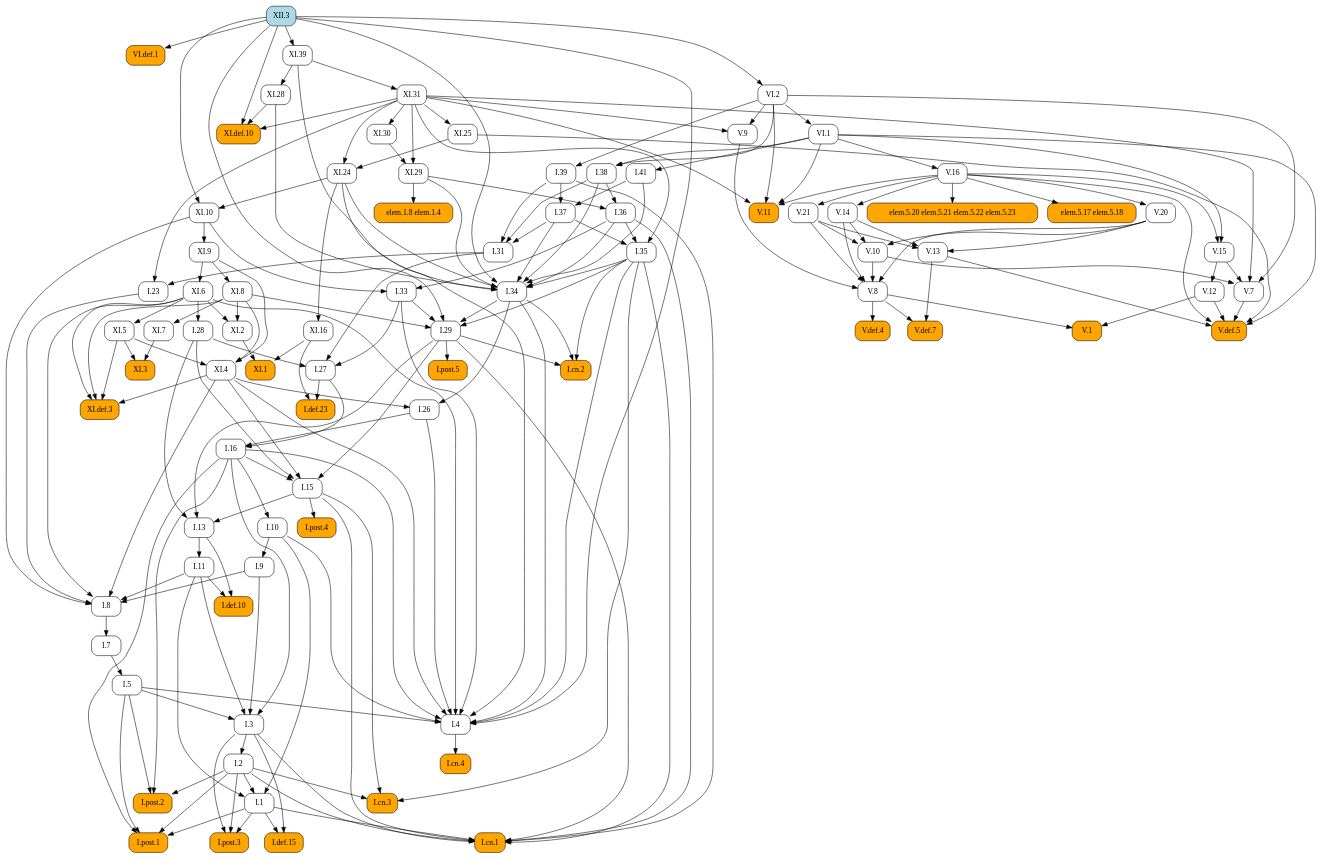
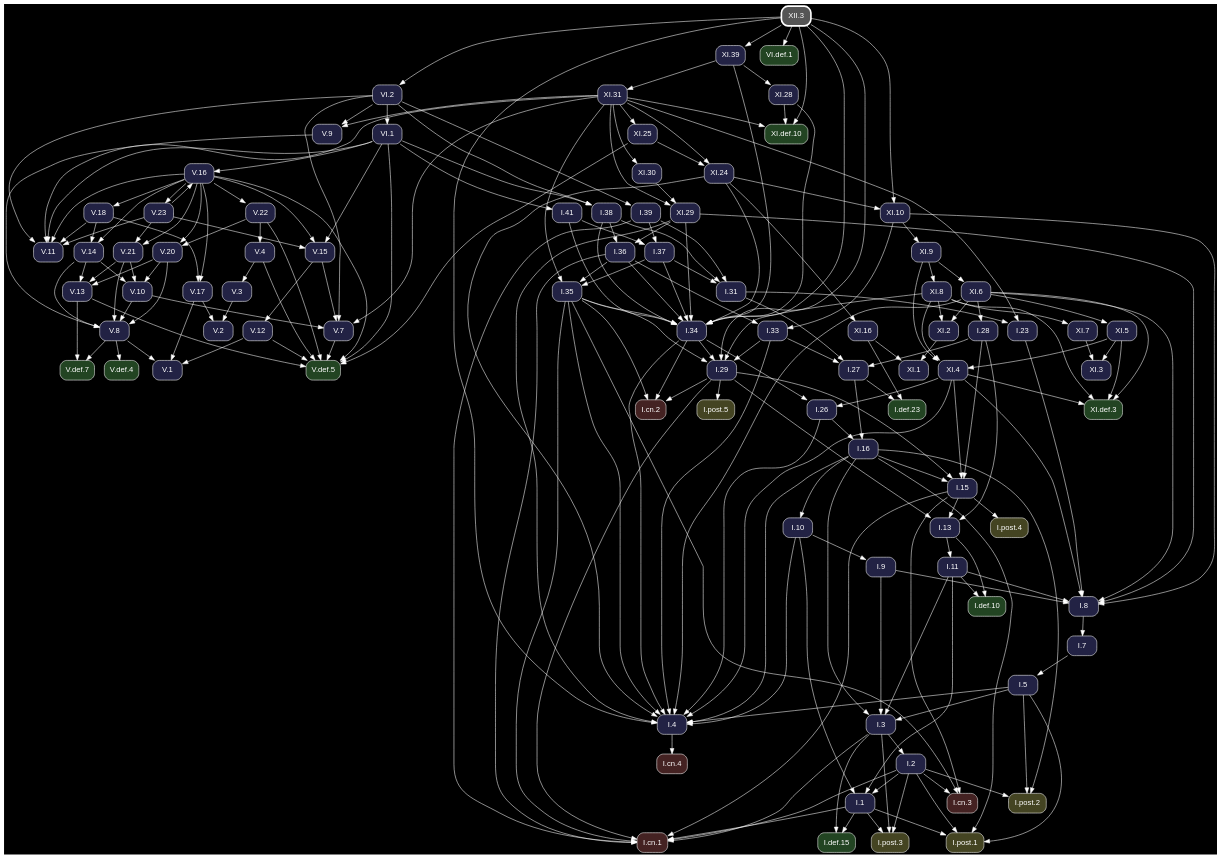
One commit to geometor/elements changed the diagram in docsrc/heath/XII/3/index.rst. Above: the diagram before and after it, drawn with Graphviz. The commit also changed other lines of this file and 1200 other files, not shown here.

Commit message:
update dependency graphs

```diff
--- a/docsrc/heath/XII/3/index.rst
+++ b/docsrc/heath/XII/3/index.rst
@@ -82,137 +82,281 @@
 .. graphviz::
 
    digraph {
+     bgcolor="black";
+     node [shape=box, style="rounded,filled", fontname="Helvetica", color="white", fontcolor="white"];
+     edge [color="white", fontcolor="white"];
      rankdir="TB";
-     node [shape=box, style=rounded];
-     "I.23" [URL="/heath/I/23/", target="_top"];
-     "I.9" [URL="/heath/I/9/", target="_top"];
-     "VI.def.1" [style="rounded,filled", fillcolor=orange, URL="/heath/VI/def.1/", target="_top"];
-     "I.def.15" [style="rounded,filled", fillcolor=orange, URL="/heath/I/def.15/", target="_top"];
-     "V.13" [URL="/heath/V/13/", target="_top"];
-     "XI.24" [URL="/heath/XI/24/", target="_top"];
-     "V.7" [URL="/heath/V/7/", target="_top"];
-     "elem.5.17 elem.5.18" [style="rounded,filled", fillcolor=orange];
-     "XI.6" [URL="/heath/XI/6/", target="_top"];
-     "I.post.1" [style="rounded,filled", fillcolor=orange, URL="/heath/I/post.1/", target="_top"];
-     "V.14" [URL="/heath/V/14/", target="_top"];
-     "V.9" [URL="/heath/V/9/", target="_top"];
-     "I.31" [URL="/heath/I/31/", target="_top"];
-     "I.def.10" [style="rounded,filled", fillcolor=orange, URL="/heath/I/def.10/", target="_top"];
-     "V.10" [URL="/heath/V/10/", target="_top"];
-     "XI.def.3" [style="rounded,filled", fillcolor=orange, URL="/heath/XI/def.3/", target="_top"];
-     "XI.10" [URL="/heath/XI/10/", target="_top"];
-     "VI.1" [URL="/heath/VI/1/", target="_top"];
-     "elem.1.8 elem.1.4" [style="rounded,filled", fillcolor=orange];
-     "I.39" [URL="/heath/I/39/", target="_top"];
-     "V.11" [style="rounded,filled", fillcolor=orange, URL="/heath/V/11/", target="_top"];
-     "XI.2" [URL="/heath/XI/2/", target="_top"];
-     "I.34" [URL="/heath/I/34/", target="_top"];
-     "XI.7" [URL="/heath/XI/7/", target="_top"];
-     "I.3" [URL="/heath/I/3/", target="_top"];
-     "V.def.4" [style="rounded,filled", fillcolor=orange, URL="/heath/V/def.4/", target="_top"];
-     "XI.39" [URL="/heath/XI/39/", target="_top"];
-     "V.def.7" [style="rounded,filled", fillcolor=orange, URL="/heath/V/def.7/", target="_top"];
-     "V.21" [URL="/heath/V/21/", target="_top"];
-     "I.2" [URL="/heath/I/2/", target="_top"];
-     "I.13" [URL="/heath/I/13/", target="_top"];
-     "I.post.4" [style="rounded,filled", fillcolor=orange, URL="/heath/I/post.4/", target="_top"];
-     "I.4" [URL="/heath/I/4/", target="_top"];
-     "I.1" [URL="/heath/I/1/", target="_top"];
-     "XI.16" [URL="/heath/XI/16/", target="_top"];
-     "I.8" [URL="/heath/I/8/", target="_top"];
-     "I.29" [URL="/heath/I/29/", target="_top"];
-     "XI.31" [URL="/heath/XI/31/", target="_top"];
-     "XI.5" [URL="/heath/XI/5/", target="_top"];
-     "I.38" [URL="/heath/I/38/", target="_top"];
-     "V.8" [URL="/heath/V/8/", target="_top"];
-     "I.15" [URL="/heath/I/15/", target="_top"];
-     "I.10" [URL="/heath/I/10/", target="_top"];
-     "I.11" [URL="/heath/I/11/", target="_top"];
-     "I.def.23" [style="rounded,filled", fillcolor=orange, URL="/heath/I/def.23/", target="_top"];
-     "XII.3" [style="rounded,filled", fillcolor=lightblue, URL="/heath/XII/3/", target="_top"];
-     "XI.1" [style="rounded,filled", fillcolor=orange, URL="/heath/XI/1/", target="_top"];
-     "I.26" [URL="/heath/I/26/", target="_top"];
-     "V.16" [URL="/heath/V/16/", target="_top"];
-     "I.33" [URL="/heath/I/33/", target="_top"];
-     "XI.4" [URL="/heath/XI/4/", target="_top"];
-     "XI.8" [URL="/heath/XI/8/", target="_top"];
-     "I.post.3" [style="rounded,filled", fillcolor=orange, URL="/heath/I/post.3/", target="_top"];
-     "V.def.5" [style="rounded,filled", fillcolor=orange, URL="/heath/V/def.5/", target="_top"];
-     "XI.3" [style="rounded,filled", fillcolor=orange, URL="/heath/XI/3/", target="_top"];
-     "XI.def.10" [style="rounded,filled", fillcolor=orange, URL="/heath/XI/def.10/", target="_top"];
-     "I.27" [URL="/heath/I/27/", target="_top"];
-     "V.20" [URL="/heath/V/20/", target="_top"];
-     "V.12" [URL="/heath/V/12/", target="_top"];
-     "I.35" [URL="/heath/I/35/", target="_top"];
-     "I.cn.1" [style="rounded,filled", fillcolor=orange, URL="/heath/I/cn.1/", target="_top"];
-     "I.7" [URL="/heath/I/7/", target="_top"];
-     "I.36" [URL="/heath/I/36/", target="_top"];
-     "I.5" [URL="/heath/I/5/", target="_top"];
-     "I.37" [URL="/heath/I/37/", target="_top"];
-     "I.cn.3" [style="rounded,filled", fillcolor=orange, URL="/heath/I/cn.3/", target="_top"];
-     "I.16" [URL="/heath/I/16/", target="_top"];
-     "XI.29" [URL="/heath/XI/29/", target="_top"];
-     "V.1" [style="rounded,filled", fillcolor=orange, URL="/heath/V/1/", target="_top"];
-     "XI.9" [URL="/heath/XI/9/", target="_top"];
-     "I.cn.2" [style="rounded,filled", fillcolor=orange, URL="/heath/I/cn.2/", target="_top"];
-     "I.post.5" [style="rounded,filled", fillcolor=orange, URL="/heath/I/post.5/", target="_top"];
-     "XI.28" [URL="/heath/XI/28/", target="_top"];
-     "VI.2" [URL="/heath/VI/2/", target="_top"];
-     "I.cn.4" [style="rounded,filled", fillcolor=orange, URL="/heath/I/cn.4/", target="_top"];
-     "V.15" [URL="/heath/V/15/", target="_top"];
-     "I.28" [URL="/heath/I/28/", target="_top"];
-     "I.41" [URL="/heath/I/41/", target="_top"];
-     "I.post.2" [style="rounded,filled", fillcolor=orange, URL="/heath/I/post.2/", target="_top"];
-     "XI.30" [URL="/heath/XI/30/", target="_top"];
-     "elem.5.20 elem.5.21 elem.5.22 elem.5.23" [style="rounded,filled", fillcolor=orange];
-     "XI.25" [URL="/heath/XI/25/", target="_top"];
-     "I.31" -> "I.23";
-     "XI.31" -> "I.23";
-     "I.10" -> "I.9";
-     "XII.3" -> "VI.def.1";
-     "I.1" -> "I.def.15";
-     "I.3" -> "I.def.15";
+     "V.15" [fillcolor="#222244", URL="/heath/V/15/", target="_top"];
+     "XI.7" [fillcolor="#222244", URL="/heath/XI/7/", target="_top"];
+     "XI.8" [fillcolor="#222244", URL="/heath/XI/8/", target="_top"];
+     "I.cn.1" [fillcolor="#442222", URL="/heath/I/cn.1/", target="_top"];
+     "V.18" [fillcolor="#222244", URL="/heath/V/18/", target="_top"];
+     "V.14" [fillcolor="#222244", URL="/heath/V/14/", target="_top"];
+     "XI.5" [fillcolor="#222244", URL="/heath/XI/5/", target="_top"];
+     "I.28" [fillcolor="#222244", URL="/heath/I/28/", target="_top"];
+     "XI.def.10" [fillcolor="#224422", URL="/heath/XI/def.10/", target="_top"];
+     "I.27" [fillcolor="#222244", URL="/heath/I/27/", target="_top"];
+     "V.23" [fillcolor="#222244", URL="/heath/V/23/", target="_top"];
+     "I.2" [fillcolor="#222244", URL="/heath/I/2/", target="_top"];
+     "I.41" [fillcolor="#222244", URL="/heath/I/41/", target="_top"];
+     "I.post.4" [fillcolor="#444422", URL="/heath/I/post.4/", target="_top"];
+     "I.26" [fillcolor="#222244", URL="/heath/I/26/", target="_top"];
+     "I.8" [fillcolor="#222244", URL="/heath/I/8/", target="_top"];
+     "XI.24" [fillcolor="#222244", URL="/heath/XI/24/", target="_top"];
+     "V.4" [fillcolor="#222244", URL="/heath/V/4/", target="_top"];
+     "V.16" [fillcolor="#222244", URL="/heath/V/16/", target="_top"];
+     "VI.2" [fillcolor="#222244", URL="/heath/VI/2/", target="_top"];
+     "I.7" [fillcolor="#222244", URL="/heath/I/7/", target="_top"];
+     "I.5" [fillcolor="#222244", URL="/heath/I/5/", target="_top"];
+     "XI.16" [fillcolor="#222244", URL="/heath/XI/16/", target="_top"];
+     "V.11" [fillcolor="#222244", URL="/heath/V/11/", target="_top"];
+     "V.def.4" [fillcolor="#224422", URL="/heath/V/def.4/", target="_top"];
+     "V.20" [fillcolor="#222244", URL="/heath/V/20/", target="_top"];
+     "I.11" [fillcolor="#222244", URL="/heath/I/11/", target="_top"];
+     "I.37" [fillcolor="#222244", URL="/heath/I/37/", target="_top"];
+     "I.cn.3" [fillcolor="#442222", URL="/heath/I/cn.3/", target="_top"];
+     "I.36" [fillcolor="#222244", URL="/heath/I/36/", target="_top"];
+     "I.38" [fillcolor="#222244", URL="/heath/I/38/", target="_top"];
+     "I.post.2" [fillcolor="#444422", URL="/heath/I/post.2/", target="_top"];
+     "I.def.23" [fillcolor="#224422", URL="/heath/I/def.23/", target="_top"];
+     "I.35" [fillcolor="#222244", URL="/heath/I/35/", target="_top"];
+     "I.post.3" [fillcolor="#444422", URL="/heath/I/post.3/", target="_top"];
+     "V.13" [fillcolor="#222244", URL="/heath/V/13/", target="_top"];
+     "I.33" [fillcolor="#222244", URL="/heath/I/33/", target="_top"];
+     "XI.39" [fillcolor="#222244", URL="/heath/XI/39/", target="_top"];
+     "V.8" [fillcolor="#222244", URL="/heath/V/8/", target="_top"];
+     "XI.31" [fillcolor="#222244", URL="/heath/XI/31/", target="_top"];
+     "V.10" [fillcolor="#222244", URL="/heath/V/10/", target="_top"];
+     "V.def.5" [fillcolor="#224422", URL="/heath/V/def.5/", target="_top"];
+     "V.22" [fillcolor="#222244", URL="/heath/V/22/", target="_top"];
+     "I.31" [fillcolor="#222244", URL="/heath/I/31/", target="_top"];
+     "I.3" [fillcolor="#222244", URL="/heath/I/3/", target="_top"];
+     "V.12" [fillcolor="#222244", URL="/heath/V/12/", target="_top"];
+     "XI.def.3" [fillcolor="#224422", URL="/heath/XI/def.3/", target="_top"];
+     "I.def.10" [fillcolor="#224422", URL="/heath/I/def.10/", target="_top"];
+     "I.15" [fillcolor="#222244", URL="/heath/I/15/", target="_top"];
+     "I.39" [fillcolor="#222244", URL="/heath/I/39/", target="_top"];
+     "I.13" [fillcolor="#222244", URL="/heath/I/13/", target="_top"];
+     "XI.3" [fillcolor="#222244", URL="/heath/XI/3/", target="_top"];
+     "I.cn.2" [fillcolor="#442222", URL="/heath/I/cn.2/", target="_top"];
+     "XI.1" [fillcolor="#222244", URL="/heath/XI/1/", target="_top"];
+     "I.9" [fillcolor="#222244", URL="/heath/I/9/", target="_top"];
+     "VI.def.1" [fillcolor="#224422", URL="/heath/VI/def.1/", target="_top"];
+     "I.1" [fillcolor="#222244", URL="/heath/I/1/", target="_top"];
+     "I.post.5" [fillcolor="#444422", URL="/heath/I/post.5/", target="_top"];
+     "XII.3" [penwidth=3, color="white", fillcolor="#555555", URL="/heath/XII/3/", target="_top"];
+     "I.23" [fillcolor="#222244", URL="/heath/I/23/", target="_top"];
+     "I.4" [fillcolor="#222244", URL="/heath/I/4/", target="_top"];
+     "V.7" [fillcolor="#222244", URL="/heath/V/7/", target="_top"];
+     "V.9" [fillcolor="#222244", URL="/heath/V/9/", target="_top"];
+     "VI.1" [fillcolor="#222244", URL="/heath/VI/1/", target="_top"];
+     "I.10" [fillcolor="#222244", URL="/heath/I/10/", target="_top"];
+     "XI.30" [fillcolor="#222244", URL="/heath/XI/30/", target="_top"];
+     "V.def.7" [fillcolor="#224422", URL="/heath/V/def.7/", target="_top"];
+     "XI.28" [fillcolor="#222244", URL="/heath/XI/28/", target="_top"];
+     "I.post.1" [fillcolor="#444422", URL="/heath/I/post.1/", target="_top"];
+     "XI.25" [fillcolor="#222244", URL="/heath/XI/25/", target="_top"];
+     "XI.29" [fillcolor="#222244", URL="/heath/XI/29/", target="_top"];
+     "I.16" [fillcolor="#222244", URL="/heath/I/16/", target="_top"];
+     "I.29" [fillcolor="#222244", URL="/heath/I/29/", target="_top"];
+     "XI.9" [fillcolor="#222244", URL="/heath/XI/9/", target="_top"];
+     "I.cn.4" [fillcolor="#442222", URL="/heath/I/cn.4/", target="_top"];
+     "V.2" [fillcolor="#222244", URL="/heath/V/2/", target="_top"];
+     "V.1" [fillcolor="#222244", URL="/heath/V/1/", target="_top"];
+     "V.3" [fillcolor="#222244", URL="/heath/V/3/", target="_top"];
+     "V.21" [fillcolor="#222244", URL="/heath/V/21/", target="_top"];
+     "I.34" [fillcolor="#222244", URL="/heath/I/34/", target="_top"];
+     "XI.10" [fillcolor="#222244", URL="/heath/XI/10/", target="_top"];
+     "I.def.15" [fillcolor="#224422", URL="/heath/I/def.15/", target="_top"];
+     "XI.4" [fillcolor="#222244", URL="/heath/XI/4/", target="_top"];
+     "V.17" [fillcolor="#222244", URL="/heath/V/17/", target="_top"];
+     "XI.2" [fillcolor="#222244", URL="/heath/XI/2/", target="_top"];
+     "XI.6" [fillcolor="#222244", URL="/heath/XI/6/", target="_top"];
+     "V.16" -> "V.15";
+     "V.23" -> "V.15";
+     "VI.1" -> "V.15";
+     "XI.8" -> "XI.7";
+     "XI.9" -> "XI.8";
+     "I.1" -> "I.cn.1";
+     "I.2" -> "I.cn.1";
+     "I.3" -> "I.cn.1";
+     "I.15" -> "I.cn.1";
+     "I.29" -> "I.cn.1";
+     "I.35" -> "I.cn.1";
+     "I.36" -> "I.cn.1";
+     "I.39" -> "I.cn.1";
+     "V.16" -> "V.18";
+     "V.16" -> "V.14";
+     "V.18" -> "V.14";
+     "XI.6" -> "XI.5";
+     "XI.6" -> "I.28";
+     "XI.28" -> "XI.def.10";
+     "XI.31" -> "XI.def.10";
+     "XII.3" -> "XI.def.10";
+     "I.28" -> "I.27";
+     "I.31" -> "I.27";
+     "I.33" -> "I.27";
+     "V.16" -> "V.23";
+     "I.3" -> "I.2";
+     "VI.1" -> "I.41";
+     "I.15" -> "I.post.4";
+     "I.34" -> "I.26";
+     "XI.4" -> "I.26";
+     "I.9" -> "I.8";
+     "I.11" -> "I.8";
+     "I.23" -> "I.8";
+     "XI.4" -> "I.8";
+     "XI.6" -> "I.8";
+     "XI.10" -> "I.8";
+     "XI.29" -> "I.8";
+     "XI.25" -> "XI.24";
+     "XI.31" -> "XI.24";
+     "V.22" -> "V.4";
+     "V.23" -> "V.16";
+     "VI.1" -> "V.16";
+     "XII.3" -> "VI.2";
+     "I.8" -> "I.7";
+     "I.7" -> "I.5";
+     "XI.24" -> "XI.16";
+     "V.16" -> "V.11";
+     "V.18" -> "V.11";
+     "V.23" -> "V.11";
+     "VI.1" -> "V.11";
+     "VI.2" -> "V.11";
+     "XI.31" -> "V.11";
+     "V.8" -> "V.def.4";
+     "V.16" -> "V.20";
+     "V.22" -> "V.20";
+     "I.13" -> "I.11";
+     "I.39" -> "I.37";
+     "I.41" -> "I.37";
+     "I.2" -> "I.cn.3";
+     "I.15" -> "I.cn.3";
+     "I.35" -> "I.cn.3";
+     "I.38" -> "I.36";
+     "XI.29" -> "I.36";
+     "VI.1" -> "I.38";
+     "VI.2" -> "I.38";
+     "I.2" -> "I.post.2";
+     "I.5" -> "I.post.2";
+     "I.16" -> "I.post.2";
+     "I.27" -> "I.def.23";
+     "XI.16" -> "I.def.23";
+     "I.36" -> "I.35";
+     "I.37" -> "I.35";
+     "XI.31" -> "I.35";
+     "I.1" -> "I.post.3";
+     "I.2" -> "I.post.3";
+     "I.3" -> "I.post.3";
      "V.14" -> "V.13";
      "V.20" -> "V.13";
      "V.21" -> "V.13";
-     "XI.25" -> "XI.24";
-     "XI.31" -> "XI.24";
+     "I.36" -> "I.33";
+     "XI.10" -> "I.33";
+     "XII.3" -> "XI.39";
+     "V.9" -> "V.8";
+     "V.10" -> "V.8";
+     "V.14" -> "V.8";
+     "V.20" -> "V.8";
+     "V.21" -> "V.8";
+     "XI.39" -> "XI.31";
+     "V.14" -> "V.10";
+     "V.20" -> "V.10";
+     "V.21" -> "V.10";
+     "V.4" -> "V.def.5";
+     "V.7" -> "V.def.5";
+     "V.12" -> "V.def.5";
+     "V.13" -> "V.def.5";
+     "V.16" -> "V.def.5";
+     "V.22" -> "V.def.5";
+     "VI.1" -> "V.def.5";
+     "XI.25" -> "V.def.5";
+     "V.16" -> "V.22";
+     "I.37" -> "I.31";
+     "I.38" -> "I.31";
+     "I.39" -> "I.31";
+     "I.5" -> "I.3";
+     "I.9" -> "I.3";
+     "I.11" -> "I.3";
+     "I.16" -> "I.3";
+     "V.15" -> "V.12";
+     "XI.4" -> "XI.def.3";
+     "XI.5" -> "XI.def.3";
+     "XI.6" -> "XI.def.3";
+     "XI.8" -> "XI.def.3";
+     "I.11" -> "I.def.10";
+     "I.13" -> "I.def.10";
+     "I.16" -> "I.15";
+     "I.28" -> "I.15";
+     "I.29" -> "I.15";
+     "XI.4" -> "I.15";
+     "VI.2" -> "I.39";
+     "I.15" -> "I.13";
+     "I.28" -> "I.13";
+     "I.29" -> "I.13";
+     "XI.5" -> "XI.3";
+     "XI.7" -> "XI.3";
+     "I.29" -> "I.cn.2";
+     "I.34" -> "I.cn.2";
+     "I.35" -> "I.cn.2";
+     "XI.2" -> "XI.1";
+     "XI.16" -> "XI.1";
+     "I.10" -> "I.9";
+     "XII.3" -> "VI.def.1";
+     "I.2" -> "I.1";
+     "I.10" -> "I.1";
+     "I.11" -> "I.1";
+     "I.29" -> "I.post.5";
+     "I.31" -> "I.23";
+     "XI.31" -> "I.23";
+     "I.5" -> "I.4";
+     "I.10" -> "I.4";
+     "I.16" -> "I.4";
+     "I.26" -> "I.4";
+     "I.33" -> "I.4";
+     "I.34" -> "I.4";
+     "I.35" -> "I.4";
+     "XI.4" -> "I.4";
+     "XI.6" -> "I.4";
+     "XI.24" -> "I.4";
+     "XI.29" -> "I.4";
+     "XII.3" -> "I.4";
      "V.10" -> "V.7";
      "V.15" -> "V.7";
      "VI.2" -> "V.7";
      "XI.31" -> "V.7";
-     "V.16" -> "elem.5.17 elem.5.18";
-     "XI.9" -> "XI.6";
+     "VI.2" -> "V.9";
+     "XI.31" -> "V.9";
+     "VI.2" -> "VI.1";
+     "I.16" -> "I.10";
+     "XI.31" -> "XI.30";
+     "V.8" -> "V.def.7";
+     "V.13" -> "V.def.7";
+     "XI.39" -> "XI.28";
      "I.1" -> "I.post.1";
      "I.2" -> "I.post.1";
      "I.5" -> "I.post.1";
      "I.16" -> "I.post.1";
-     "V.16" -> "V.14";
-     "VI.2" -> "V.9";
-     "XI.31" -> "V.9";
-     "I.37" -> "I.31";
-     "I.38" -> "I.31";
-     "I.39" -> "I.31";
-     "I.11" -> "I.def.10";
-     "I.13" -> "I.def.10";
-     "V.14" -> "V.10";
-     "V.20" -> "V.10";
-     "V.21" -> "V.10";
-     "XI.4" -> "XI.def.3";
-     "XI.5" -> "XI.def.3";
-     "XI.6" -> "XI.def.3";
-     "XI.8" -> "XI.def.3";
-     "XI.24" -> "XI.10";
-     "XII.3" -> "XI.10";
-     "VI.2" -> "VI.1";
-     "XI.29" -> "elem.1.8 elem.1.4";
-     "VI.2" -> "I.39";
-     "V.16" -> "V.11";
-     "VI.1" -> "V.11";
-     "VI.2" -> "V.11";
-     "XI.31" -> "V.11";
-     "XI.6" -> "XI.2";
-     "XI.8" -> "XI.2";
+     "XI.31" -> "XI.25";
+     "XI.30" -> "XI.29";
+     "XI.31" -> "XI.29";
+     "I.26" -> "I.16";
+     "I.27" -> "I.16";
+     "I.33" -> "I.29";
+     "I.34" -> "I.29";
+     "I.35" -> "I.29";
+     "XI.8" -> "I.29";
+     "XII.3" -> "I.29";
+     "XI.10" -> "XI.9";
+     "I.4" -> "I.cn.4";
+     "V.3" -> "V.2";
+     "V.17" -> "V.2";
+     "V.8" -> "V.1";
+     "V.12" -> "V.1";
+     "V.17" -> "V.1";
+     "V.4" -> "V.3";
+     "V.16" -> "V.21";
+     "V.23" -> "V.21";
      "I.35" -> "I.34";
      "I.36" -> "I.34";
      "I.37" -> "I.34";
@@ -223,136 +367,16 @@
      "XI.29" -> "I.34";
      "XI.39" -> "I.34";
      "XII.3" -> "I.34";
-     "XI.8" -> "XI.7";
-     "I.5" -> "I.3";
-     "I.9" -> "I.3";
-     "I.11" -> "I.3";
-     "I.16" -> "I.3";
-     "V.8" -> "V.def.4";
-     "XII.3" -> "XI.39";
-     "V.8" -> "V.def.7";
-     "V.13" -> "V.def.7";
-     "V.16" -> "V.21";
-     "I.3" -> "I.2";
-     "I.15" -> "I.13";
-     "I.28" -> "I.13";
-     "I.29" -> "I.13";
-     "I.15" -> "I.post.4";
-     "I.5" -> "I.4";
-     "I.10" -> "I.4";
-     "I.16" -> "I.4";
-     "I.26" -> "I.4";
-     "I.33" -> "I.4";
-     "I.34" -> "I.4";
-     "I.35" -> "I.4";
-     "XI.4" -> "I.4";
-     "XI.6" -> "I.4";
-     "XI.24" -> "I.4";
-     "XII.3" -> "I.4";
-     "I.2" -> "I.1";
-     "I.10" -> "I.1";
-     "I.11" -> "I.1";
-     "XI.24" -> "XI.16";
-     "I.9" -> "I.8";
-     "I.11" -> "I.8";
-     "I.23" -> "I.8";
-     "XI.4" -> "I.8";
-     "XI.6" -> "I.8";
-     "XI.10" -> "I.8";
-     "I.33" -> "I.29";
-     "I.34" -> "I.29";
-     "I.35" -> "I.29";
-     "XI.8" -> "I.29";
-     "XII.3" -> "I.29";
-     "XI.39" -> "XI.31";
-     "XI.6" -> "XI.5";
-     "VI.1" -> "I.38";
-     "VI.2" -> "I.38";
-     "V.9" -> "V.8";
-     "V.10" -> "V.8";
-     "V.14" -> "V.8";
-     "V.20" -> "V.8";
-     "V.21" -> "V.8";
-     "I.16" -> "I.15";
-     "I.28" -> "I.15";
-     "I.29" -> "I.15";
-     "XI.4" -> "I.15";
-     "I.16" -> "I.10";
-     "I.13" -> "I.11";
-     "I.27" -> "I.def.23";
-     "XI.16" -> "I.def.23";
-     "XI.2" -> "XI.1";
-     "XI.16" -> "XI.1";
-     "I.34" -> "I.26";
-     "XI.4" -> "I.26";
-     "VI.1" -> "V.16";
-     "I.36" -> "I.33";
-     "XI.10" -> "I.33";
+     "XI.24" -> "XI.10";
+     "XII.3" -> "XI.10";
+     "I.1" -> "I.def.15";
+     "I.3" -> "I.def.15";
      "XI.5" -> "XI.4";
      "XI.8" -> "XI.4";
      "XI.9" -> "XI.4";
-     "XI.9" -> "XI.8";
-     "I.1" -> "I.post.3";
-     "I.2" -> "I.post.3";
-     "I.3" -> "I.post.3";
-     "V.7" -> "V.def.5";
-     "V.12" -> "V.def.5";
-     "V.13" -> "V.def.5";
-     "V.16" -> "V.def.5";
-     "VI.1" -> "V.def.5";
-     "XI.25" -> "V.def.5";
-     "XI.5" -> "XI.3";
-     "XI.7" -> "XI.3";
-     "XI.28" -> "XI.def.10";
-     "XI.31" -> "XI.def.10";
-     "XII.3" -> "XI.def.10";
-     "I.28" -> "I.27";
-     "I.31" -> "I.27";
-     "I.33" -> "I.27";
-     "V.16" -> "V.20";
-     "V.15" -> "V.12";
-     "I.36" -> "I.35";
-     "I.37" -> "I.35";
-     "XI.31" -> "I.35";
-     "I.1" -> "I.cn.1";
-     "I.2" -> "I.cn.1";
-     "I.3" -> "I.cn.1";
-     "I.15" -> "I.cn.1";
-     "I.29" -> "I.cn.1";
-     "I.35" -> "I.cn.1";
-     "I.36" -> "I.cn.1";
-     "I.39" -> "I.cn.1";
-     "I.8" -> "I.7";
-     "I.38" -> "I.36";
-     "XI.29" -> "I.36";
-     "I.7" -> "I.5";
-     "I.39" -> "I.37";
-     "I.41" -> "I.37";
-     "I.2" -> "I.cn.3";
-     "I.15" -> "I.cn.3";
-     "I.35" -> "I.cn.3";
-     "I.26" -> "I.16";
-     "I.27" -> "I.16";
-     "XI.30" -> "XI.29";
-     "XI.31" -> "XI.29";
-     "V.8" -> "V.1";
-     "V.12" -> "V.1";
-     "XI.10" -> "XI.9";
-     "I.29" -> "I.cn.2";
-     "I.34" -> "I.cn.2";
-     "I.35" -> "I.cn.2";
-     "I.29" -> "I.post.5";
-     "XI.39" -> "XI.28";
-     "XII.3" -> "VI.2";
-     "I.4" -> "I.cn.4";
-     "V.16" -> "V.15";
-     "VI.1" -> "V.15";
-     "XI.6" -> "I.28";
-     "VI.1" -> "I.41";
-     "I.2" -> "I.post.2";
-     "I.5" -> "I.post.2";
-     "I.16" -> "I.post.2";
-     "XI.31" -> "XI.30";
-     "V.16" -> "elem.5.20 elem.5.21 elem.5.22 elem.5.23";
-     "XI.31" -> "XI.25";
+     "V.16" -> "V.17";
+     "V.18" -> "V.17";
+     "XI.6" -> "XI.2";
+     "XI.8" -> "XI.2";
+     "XI.9" -> "XI.6";
    }
```
